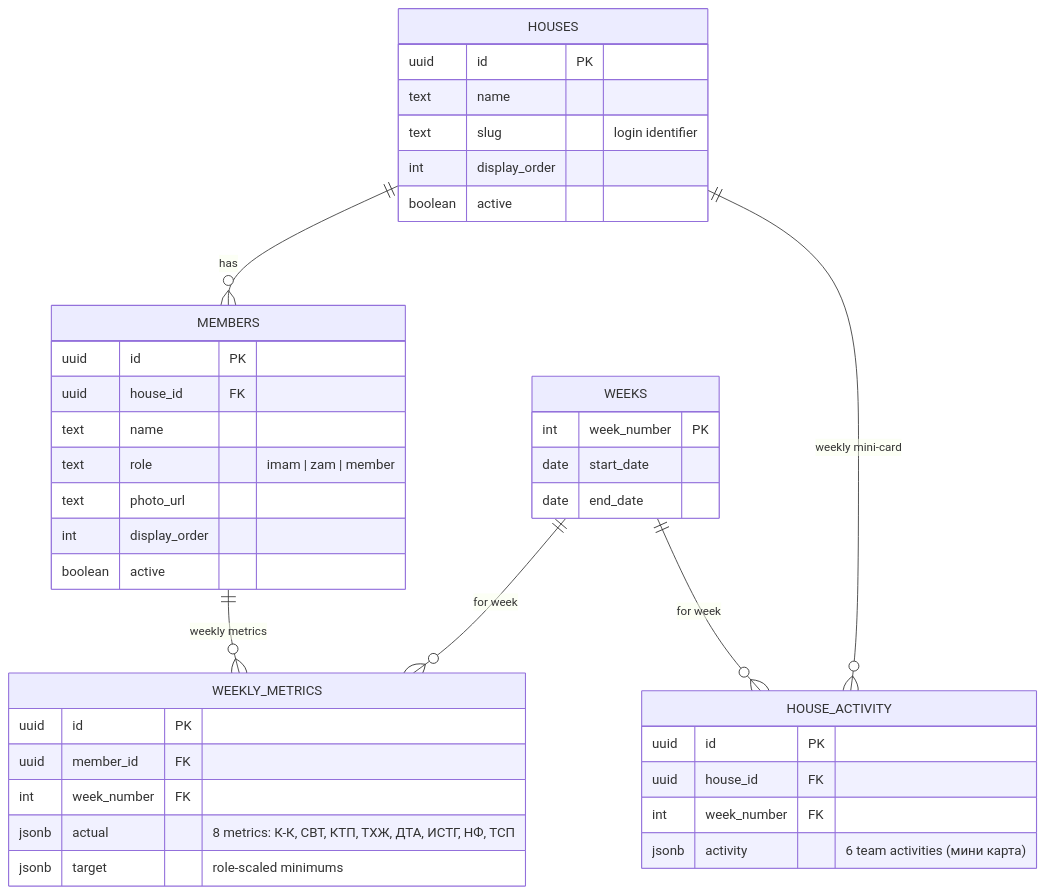
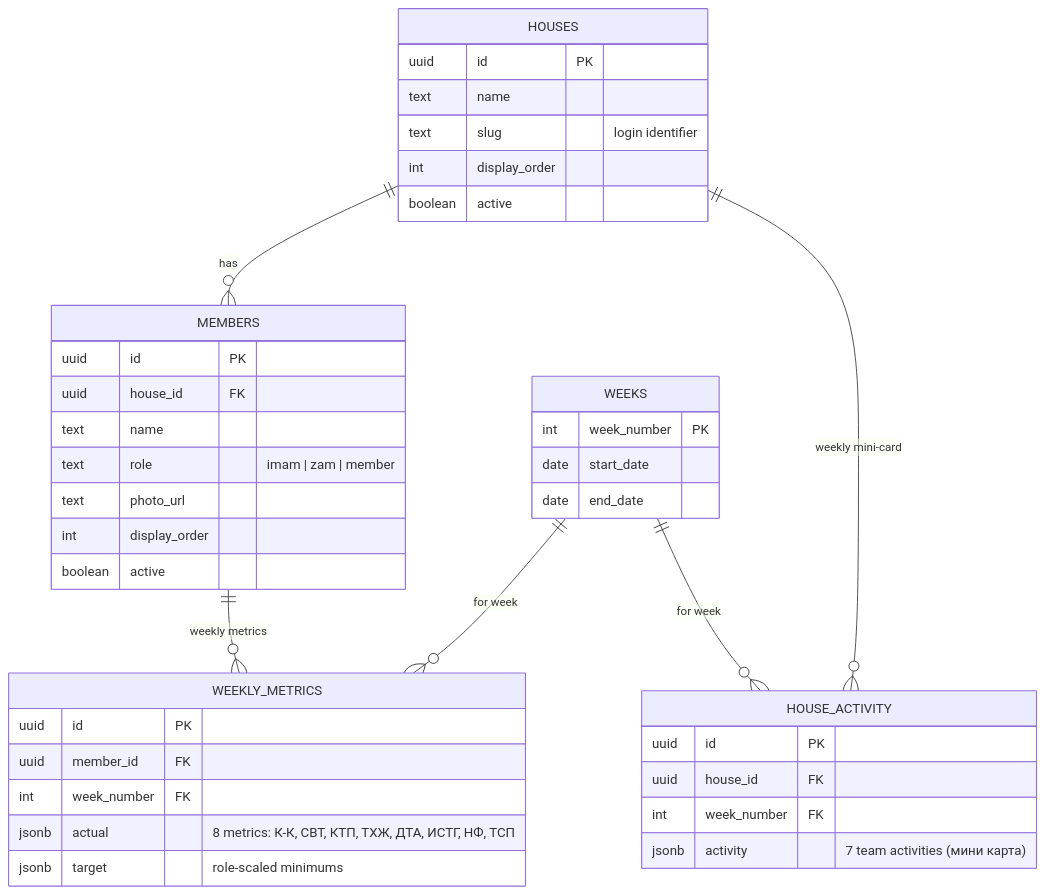
The third of 3 diagrams in README.md (nurmuhammedkanybekov/tdJamaat-v2), drawn with Mermaid before and after one commit. The commit also changed 28 other files, not shown here.

````diff
--- a/README.md
+++ b/README.md
@@ -129,43 +129,43 @@
 ```mermaid
 erDiagram
     HOUSES ||--o{ MEMBERS : has
     HOUSES ||--o{ HOUSE_ACTIVITY : "weekly mini-card"
     MEMBERS ||--o{ WEEKLY_METRICS : "weekly metrics"
     WEEKS ||--o{ WEEKLY_METRICS : "for week"
     WEEKS ||--o{ HOUSE_ACTIVITY : "for week"
 
     HOUSES {
         uuid id PK
         text name
         text slug "login identifier"
         int display_order
         boolean active
     }
     MEMBERS {
         uuid id PK
         uuid house_id FK
         text name
         text role "imam | zam | member"
         text photo_url
         int display_order
         boolean active
     }
     WEEKS {
         int week_number PK
         date start_date
         date end_date
     }
     WEEKLY_METRICS {
         uuid id PK
         uuid member_id FK
         int week_number FK
         jsonb actual "8 metrics: К-К, СВТ, КТП, ТХЖ, ДТА, ИСТГ, НФ, ТСП"
         jsonb target "role-scaled minimums"
     }
     HOUSE_ACTIVITY {
         uuid id PK
         uuid house_id FK
         int week_number FK
-        jsonb activity "6 team activities (мини карта)"
+        jsonb activity "7 team activities (мини карта)"
     }
 ```
````
